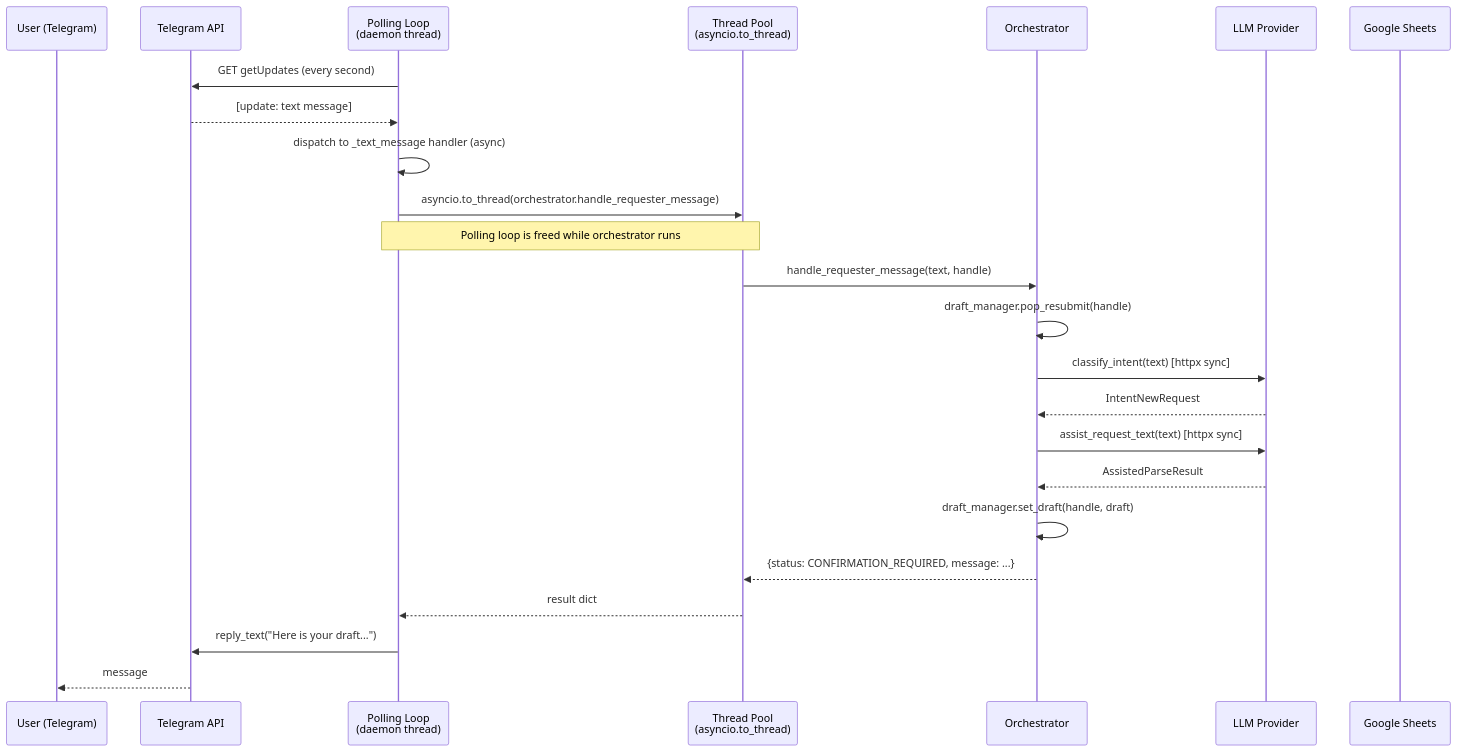
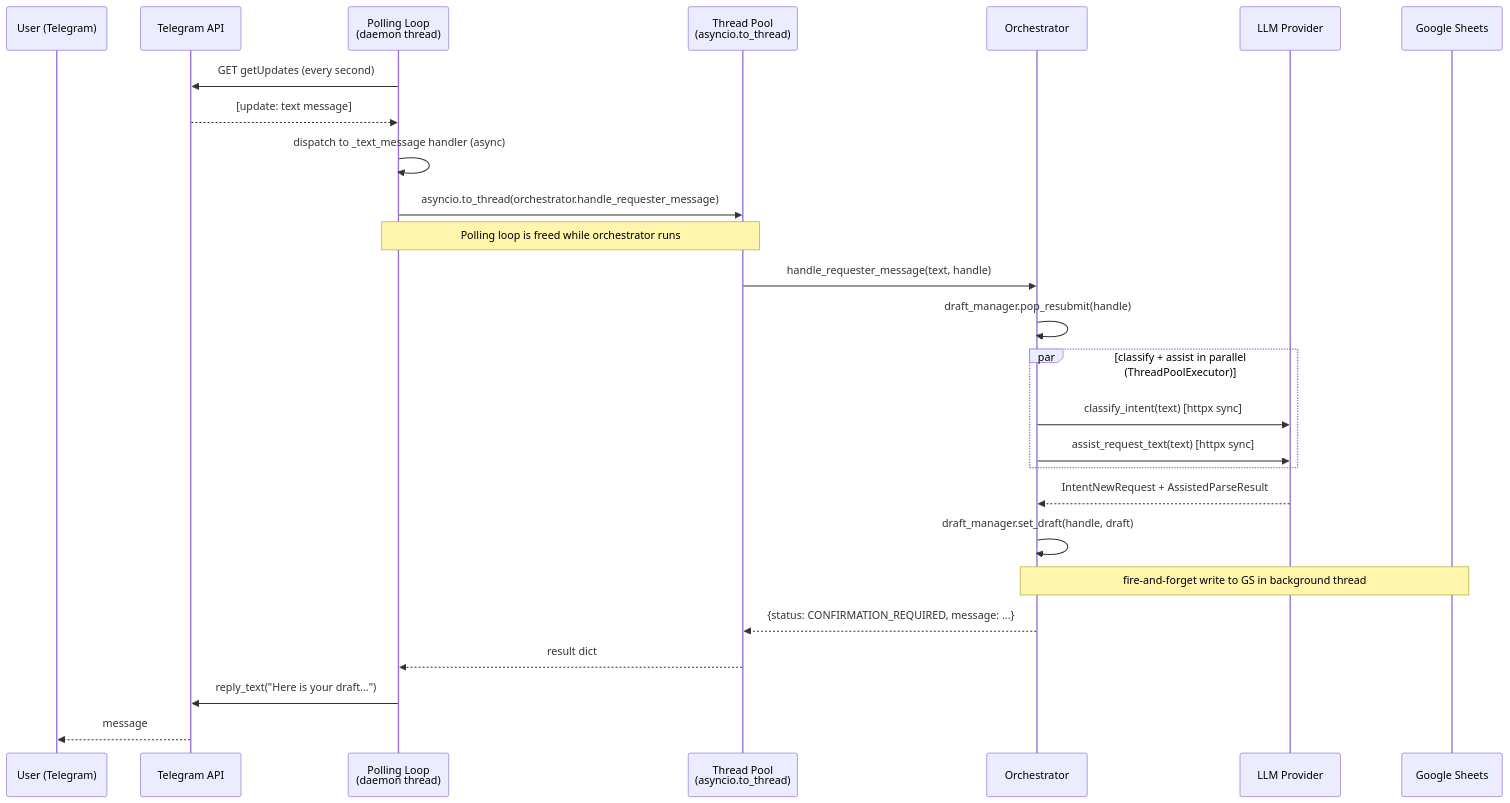
One commit to nhnhat1208/marker-checker changed the fifth of 6 diagrams in docs/technical-design/architecture-diagrams.md. Above: the diagram before and after it, drawn with Mermaid. The commit also changed other lines of this file and 126 other files, not shown here.

````diff
--- a/docs/technical-design/architecture-diagrams.md
+++ b/docs/technical-design/architecture-diagrams.md
@@ -57,27 +181,29 @@
 ```mermaid
 sequenceDiagram
     participant U as User (Telegram)
     participant TGAPI as Telegram API
     participant PTHR as Polling Loop<br/>(daemon thread)
     participant TP as Thread Pool<br/>(asyncio.to_thread)
     participant ORCH as Orchestrator
     participant LLM as LLM Provider
     participant GS as Google Sheets
 
     PTHR->>TGAPI: GET getUpdates (every second)
     TGAPI-->>PTHR: [update: text message]
     PTHR->>PTHR: dispatch to _text_message handler (async)
     PTHR->>TP: asyncio.to_thread(orchestrator.handle_requester_message)
     Note over PTHR,TP: Polling loop is freed while orchestrator runs
     TP->>ORCH: handle_requester_message(text, handle)
     ORCH->>ORCH: draft_manager.pop_resubmit(handle)
-    ORCH->>LLM: classify_intent(text) [httpx sync]
-    LLM-->>ORCH: IntentNewRequest
-    ORCH->>LLM: assist_request_text(text) [httpx sync]
-    LLM-->>ORCH: AssistedParseResult
+    par classify + assist in parallel (ThreadPoolExecutor)
+        ORCH->>LLM: classify_intent(text) [httpx sync]
+        ORCH->>LLM: assist_request_text(text) [httpx sync]
+    end
+    LLM-->>ORCH: IntentNewRequest + AssistedParseResult
     ORCH->>ORCH: draft_manager.set_draft(handle, draft)
+    Note over ORCH,GS: fire-and-forget write to GS in background thread
     ORCH-->>TP: {status: CONFIRMATION_REQUIRED, message: ...}
     TP-->>PTHR: result dict
     PTHR->>TGAPI: reply_text("Here is your draft...")
     TGAPI-->>U: message
 ```
````
